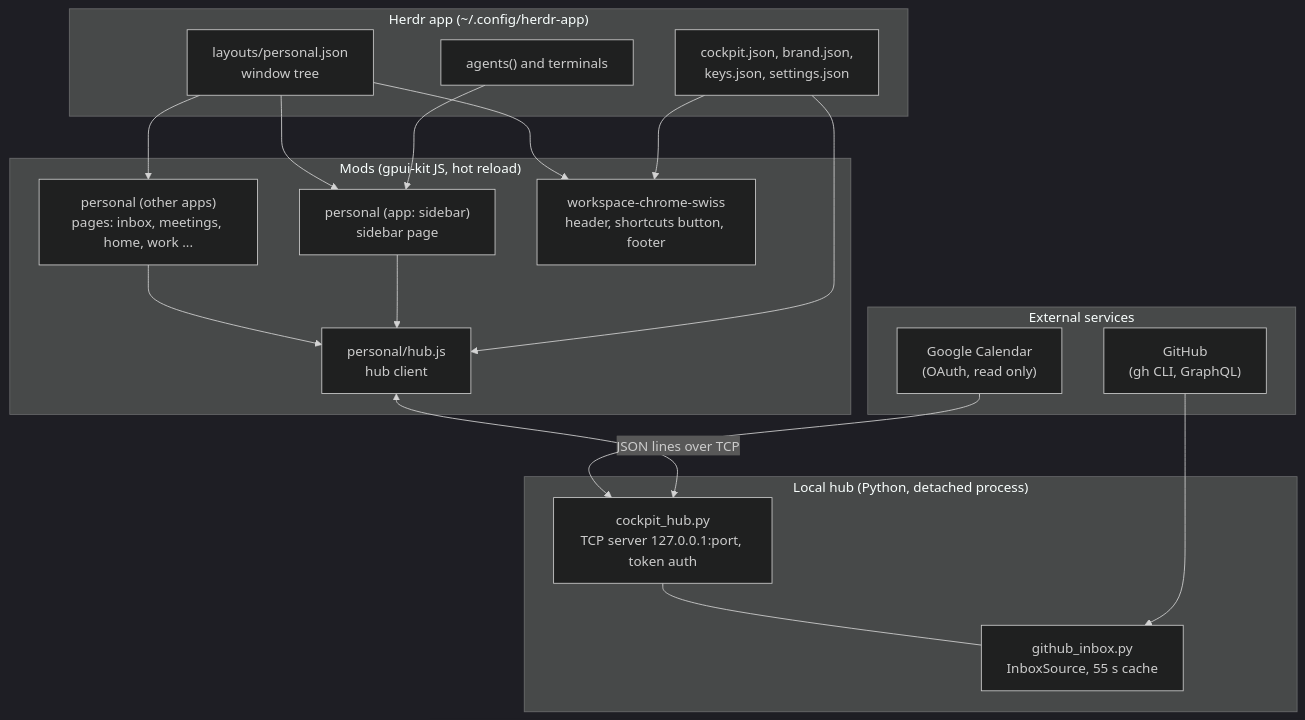
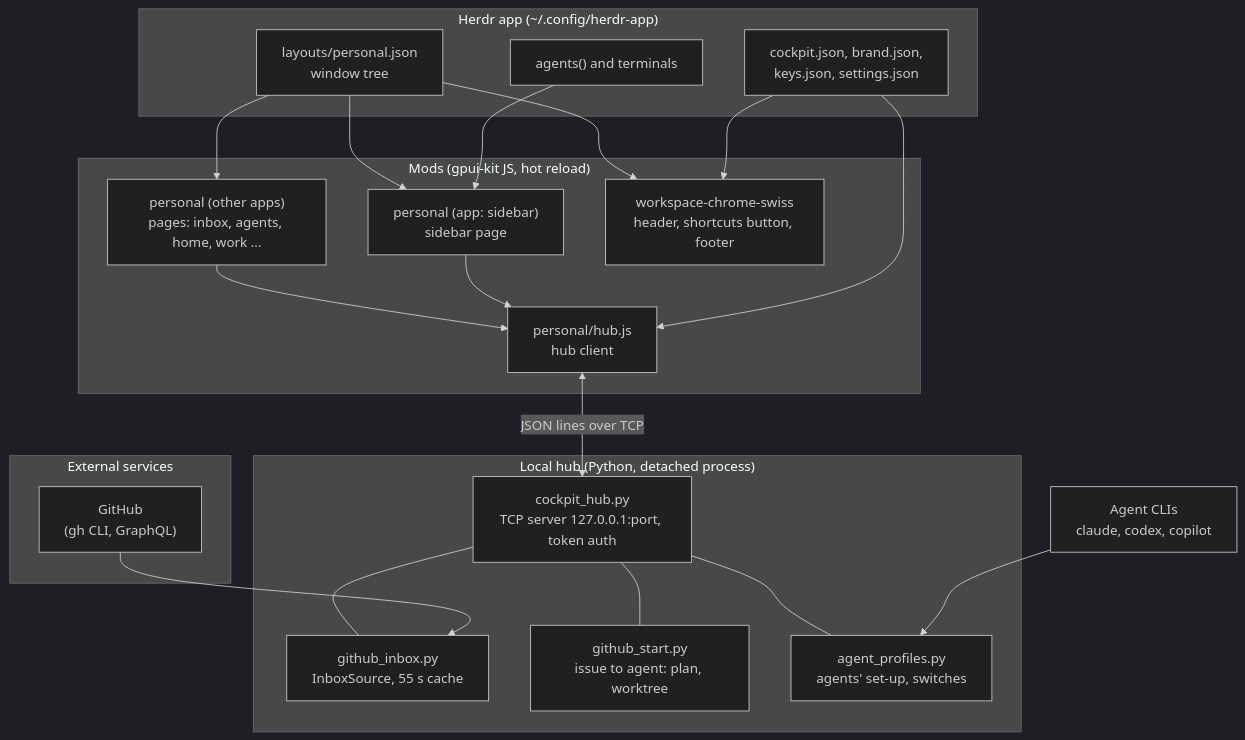
One commit to TQKNG/khanh-agent-workspace changed the first of 12 diagrams in herdr-layouts/khanh-personal/ARCHITECTURE.md. Above: the diagram before and after it, drawn with Mermaid (dark theme). The commit also changed other lines of this file and 47 other files, not shown here.

````diff
--- a/herdr-layouts/khanh-personal/ARCHITECTURE.md
+++ b/herdr-layouts/khanh-personal/ARCHITECTURE.md
@@ -8,38 +8,41 @@
 ```mermaid
 flowchart TB
     subgraph External["External services"]
         GH["GitHub<br/>(gh CLI, GraphQL)"]
-        GC["Google Calendar<br/>(OAuth, read only)"]
     end
 
     subgraph Hub["Local hub (Python, detached process)"]
         HS["cockpit_hub.py<br/>TCP server 127.0.0.1:port, token auth"]
         GI["github_inbox.py<br/>InboxSource, 55 s cache"]
+        GS["github_start.py<br/>issue to agent: plan, worktree"]
+        AP["agent_profiles.py<br/>agents' set-up, switches"]
         HS --- GI
+        HS --- GS
+        HS --- AP
     end
 
     subgraph Mods["Mods (gpui-kit JS, hot reload)"]
         HJ["personal/hub.js<br/>hub client"]
-        PG["personal (other apps)<br/>pages: inbox, meetings, home, work ..."]
+        PG["personal (other apps)<br/>pages: inbox, agents, home, work ..."]
         SB["personal (app: sidebar)<br/>sidebar page"]
         WC["workspace-chrome-swiss<br/>header, shortcuts button, footer"]
         PG --> HJ
         SB --> HJ
     end
 
     subgraph Herdr["Herdr app (~/.config/herdr-app)"]
         LY["layouts/personal.json<br/>window tree"]
         AG["agents() and terminals"]
         CFG["cockpit.json, brand.json,<br/>keys.json, settings.json"]
     end
 
     GH --> GI
-    GC --> HS
+    CLI["Agent CLIs<br/>claude, codex, copilot"] --> AP
     HJ <-->|"JSON lines over TCP"| HS
     LY --> PG
     LY --> SB
     LY --> WC
     AG --> SB
     CFG --> HJ
     CFG --> WC
 ```
````
